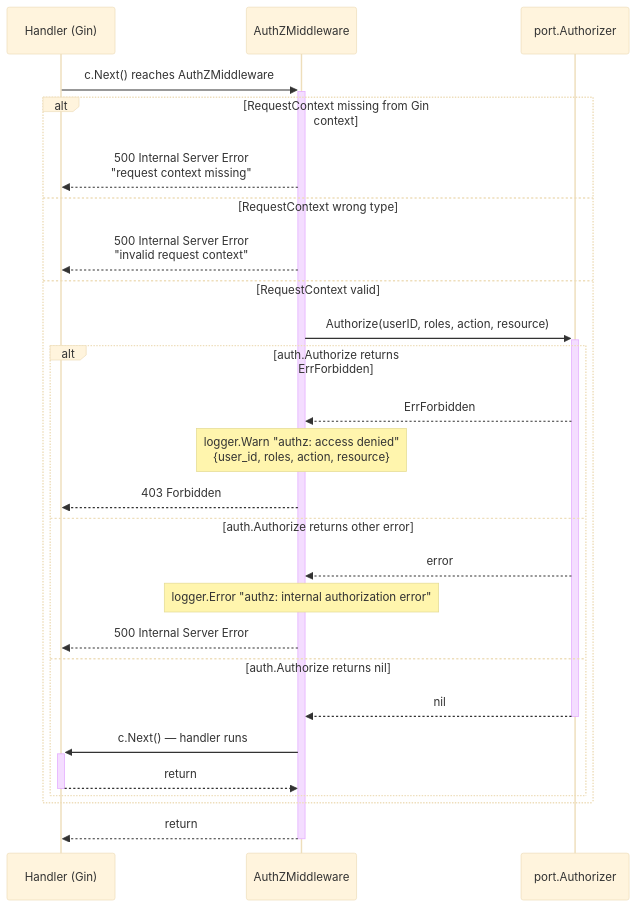
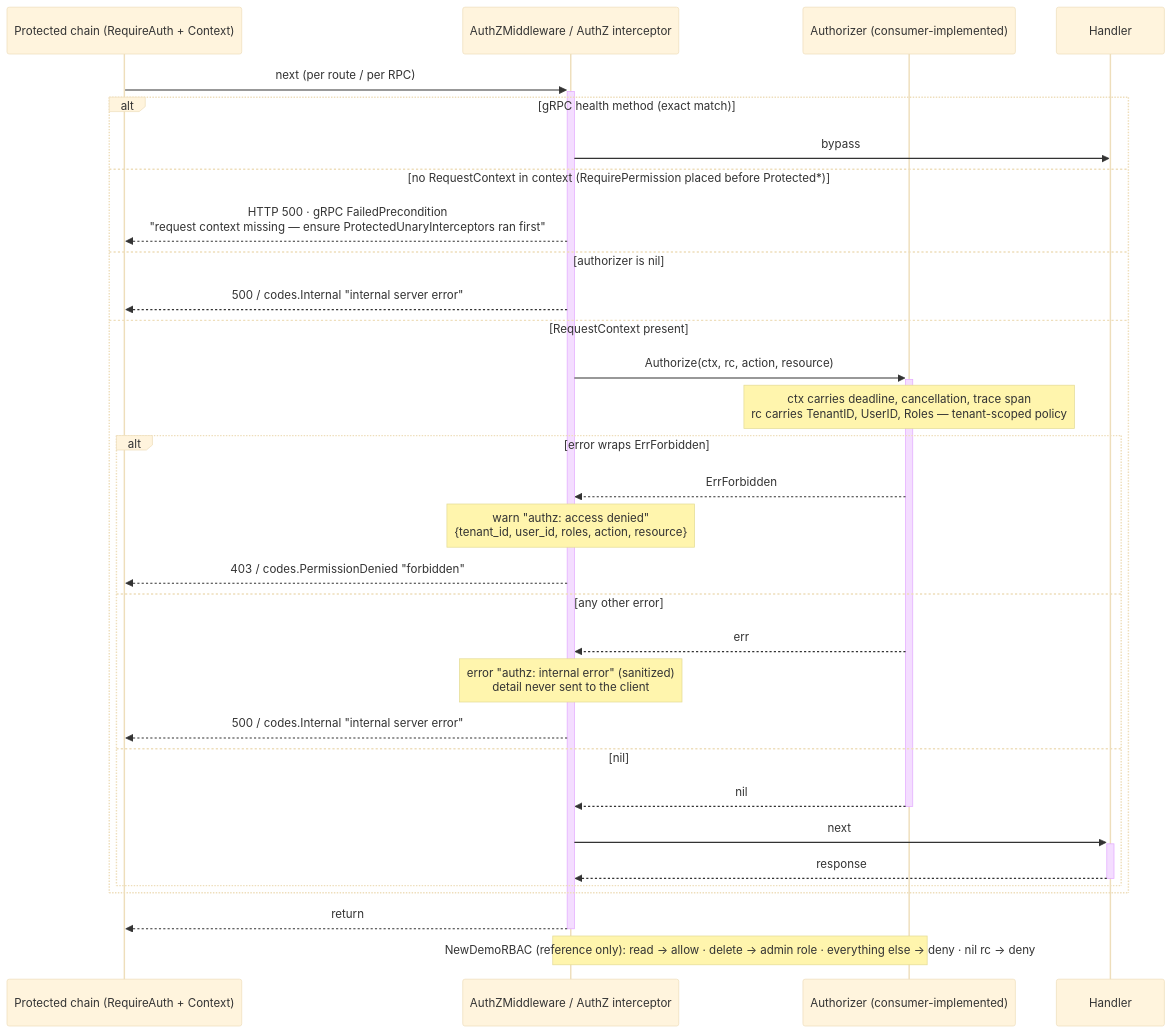
One commit to BCBP-SOLUTIONS-FZC-LLC/platform-gincommon changed the seventh of 15 diagrams in ARCHITECTURE.md. Above: the diagram before and after it, drawn with Mermaid (base theme). The commit also changed other lines of this file and 198 other files, not shown here.

````diff
--- a/ARCHITECTURE.md
+++ b/ARCHITECTURE.md
@@ -330,31 +451,36 @@
 ```mermaid
 sequenceDiagram
-    participant H as Handler (Gin)
-    participant AZ as AuthZMiddleware
-    participant SVC as port.Authorizer
+    participant Chain as Protected chain (RequireAuth + Context)
+    participant AZ as AuthZMiddleware / AuthZ interceptor
+    participant A as Authorizer (consumer-implemented)
+    participant H as Handler
 
-    H ->>+ AZ: c.Next() reaches AuthZMiddleware
+    Chain ->>+ AZ: next (per route / per RPC)
 
-    alt RequestContext missing from Gin context
-        AZ -->> H: 500 Internal Server Error<br/>"request context missing"
-    else RequestContext wrong type
-        AZ -->> H: 500 Internal Server Error<br/>"invalid request context"
-    else RequestContext valid
-        AZ ->>+ SVC: Authorize(userID, roles, action, resource)
-
-        alt auth.Authorize returns ErrForbidden
-            SVC -->> AZ: ErrForbidden
-            Note over AZ: logger.Warn "authz: access denied"<br/>{user_id, roles, action, resource}
-            AZ -->> H: 403 Forbidden
-        else auth.Authorize returns other error
-            SVC -->> AZ: error
-            Note over AZ: logger.Error "authz: internal authorization error"
-            AZ -->> H: 500 Internal Server Error
-        else auth.Authorize returns nil
-            SVC -->>- AZ: nil
-            AZ ->>+ H: c.Next() — handler runs
-            H -->>- AZ: return
+    alt gRPC health method (exact match)
+        AZ ->> H: bypass
+    else no RequestContext in context (RequirePermission placed before Protected*)
+        AZ -->> Chain: HTTP 500 · gRPC FailedPrecondition<br/>"request context missing — ensure ProtectedUnaryInterceptors ran first"
+    else authorizer is nil
+        AZ -->> Chain: 500 / codes.Internal "internal server error"
+    else RequestContext present
+        AZ ->>+ A: Authorize(ctx, rc, action, resource)
+        Note over A: ctx carries deadline, cancellation, trace span<br/>rc carries TenantID, UserID, Roles — tenant-scoped policy
+        alt error wraps ErrForbidden
+            A -->> AZ: ErrForbidden
+            Note over AZ: warn "authz: access denied"<br/>{tenant_id, user_id, roles, action, resource}
+            AZ -->> Chain: 403 / codes.PermissionDenied "forbidden"
+        else any other error
+            A -->> AZ: err
+            Note over AZ: error "authz: internal error" (sanitized)<br/>detail never sent to the client
+            AZ -->> Chain: 500 / codes.Internal "internal server error"
+        else nil
+            A -->>- AZ: nil
+            AZ ->>+ H: next
+            H -->>- AZ: response
         end
     end
-    AZ -->>- H: return
+    AZ -->>- Chain: return
+
+    Note over AZ,A: NewDemoRBAC (reference only): read → allow · delete → admin role · everything else → deny · nil rc → deny
 ```
````
